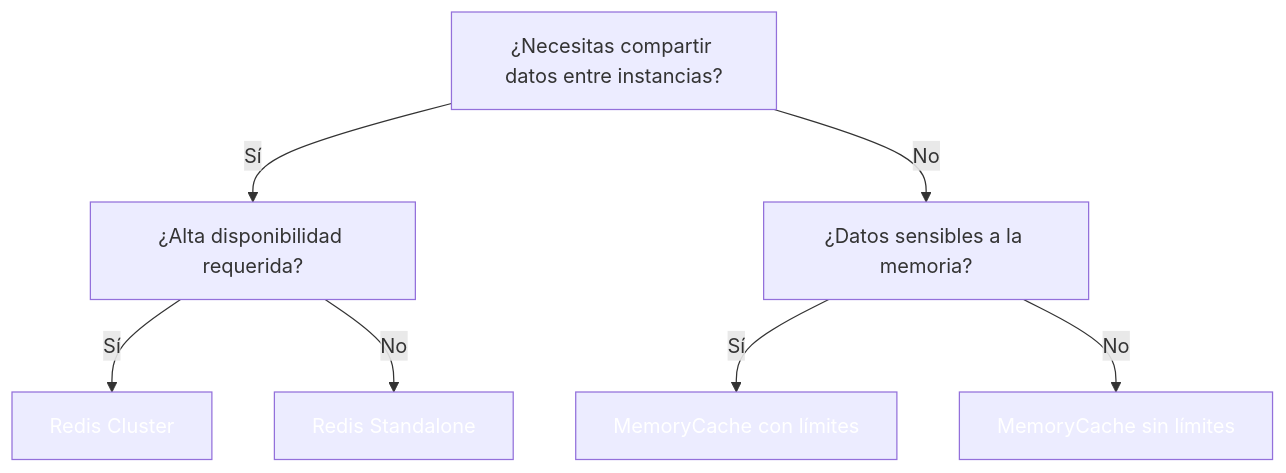
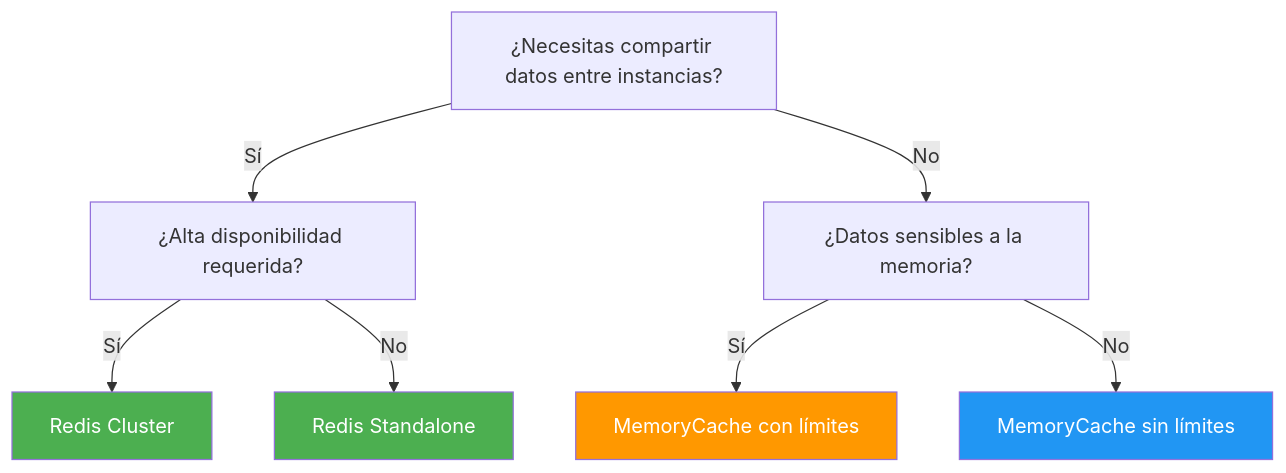
The fifth of 17 diagrams in 14-cache-redis.md (joseluisgs/DesarrolloWebEntornosServidor-02-2026-2027), drawn with Mermaid before and after one commit. The commit also changed other lines of this file, not shown here.

````diff
--- a/14-cache-redis.md
+++ b/14-cache-redis.md
@@ -179,13 +184,13 @@
 ```mermaid
 flowchart TD
     A["¿Necesitas compartir datos entre instancias?"] -->|Sí| B["¿Alta disponibilidad requerida?"]
     A -->|No| C["¿Datos sensibles a la memoria?"]
     B -->|Sí| D["Redis Cluster"]
     B -->|No| E["Redis Standalone"]
     C -->|Sí| F["MemoryCache con límites"]
     C -->|No| G["MemoryCache sin límites"]
-    style D fill:#4CAF5,color:#fff0,color:#fff
-    style E fill:#4CAF5,color:#fff0,color:#fff
-    style F fill:#FF980,color:#fff0,color:#fff
-    style G fill:#2196F,color:#fff3,color:#fff
+    style D fill:#4CAF50,color:#fff
+    style E fill:#4CAF50,color:#fff
+    style F fill:#FF9800,color:#fff
+    style G fill:#2196F3,color:#fff
 ```
````
